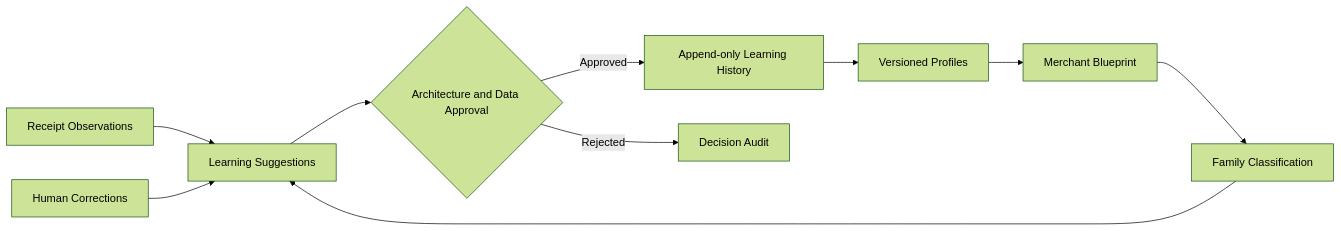
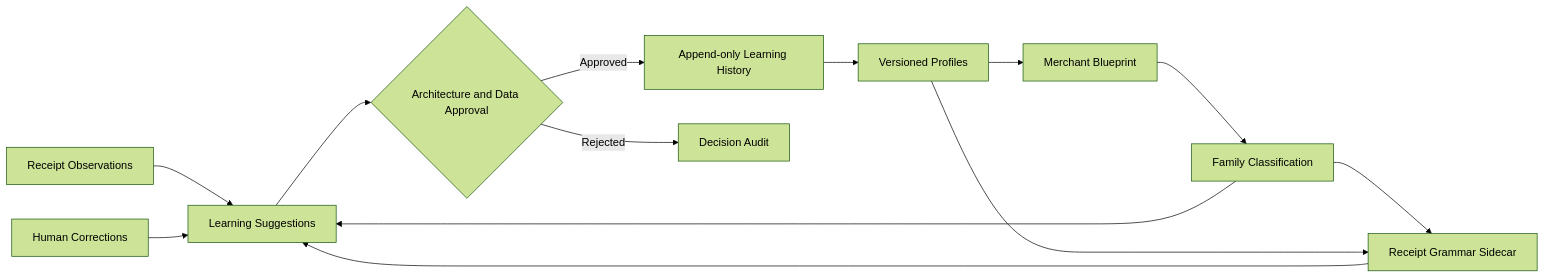
Before and after one commit to rchalicham/ai-backend: the eighth of 20 diagrams in docs/Enterprise-Architecture/Receipt-Intelligence-Enterprise-Architecture.md, drawn with Mermaid (forest theme). The commit also changed other lines of this file and 330 other files, not shown here.

````diff
--- a/docs/Enterprise-Architecture/Receipt-Intelligence-Enterprise-Architecture.md
+++ b/docs/Enterprise-Architecture/Receipt-Intelligence-Enterprise-Architecture.md
@@ -587,12 +871,15 @@
 ```mermaid
 flowchart LR
     observations[Receipt Observations] --> suggestions[Learning Suggestions]
     corrections[Human Corrections] --> suggestions
     suggestions --> review{Architecture and Data Approval}
     review -->|Approved| history[Append-only Learning History]
     review -->|Rejected| audit[Decision Audit]
     history --> profiles[Versioned Profiles]
     profiles --> blueprint[Merchant Blueprint]
     blueprint --> classification[Family Classification]
+    classification --> grammar[Receipt Grammar Sidecar]
+    profiles --> grammar
     classification --> suggestions
+    grammar --> suggestions
 ```
````
